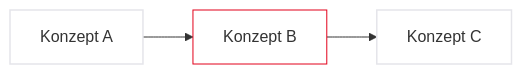
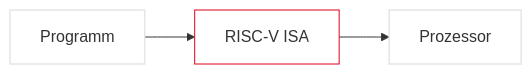
The diagram in vorlesungen/01_kickoff.qmd (dantschi/mct1), drawn with Mermaid before and after one commit. The commit also changed other lines of this file and 9 other files, not shown here.

````diff
--- a/vorlesungen/01_kickoff.qmd
+++ b/vorlesungen/01_kickoff.qmd
@@ -45,8 +45,8 @@
 ```{mermaid}
 graph LR
-  A[Konzept A] --> B[Konzept B]
-  B --> C[Konzept C]
+  A[Programm] --> B[RISC-V ISA]
+  B --> C[Prozessor]
   style A fill:#FFFFFF,stroke:#E5E5EA,stroke-width:1.5px
   style B fill:#FFFFFF,stroke:#E2001A,stroke-width:2px !important
   style C fill:#FFFFFF,stroke:#E5E5EA,stroke-width:1.5px
 ```
````
